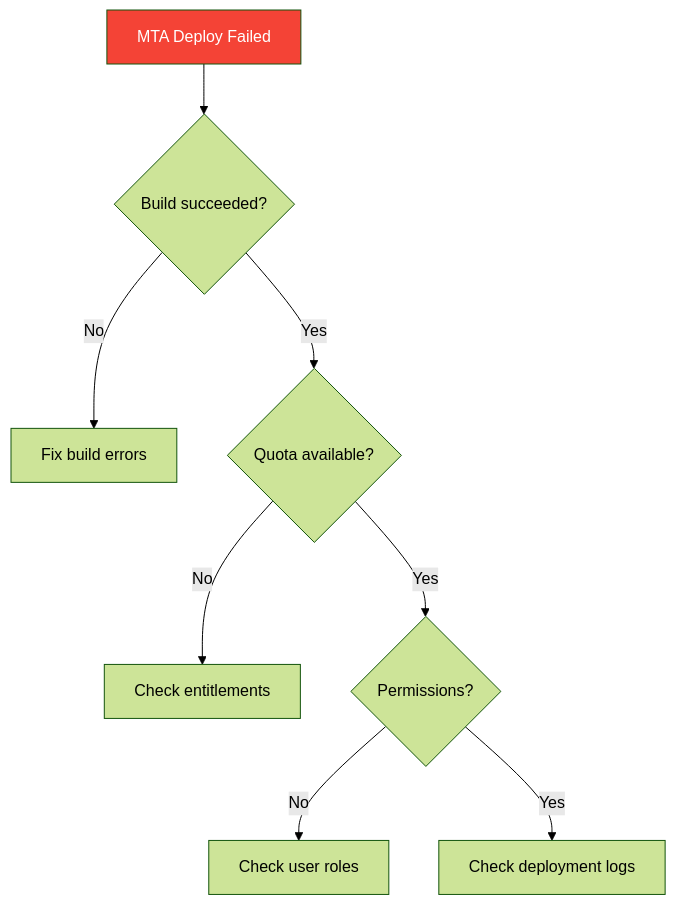
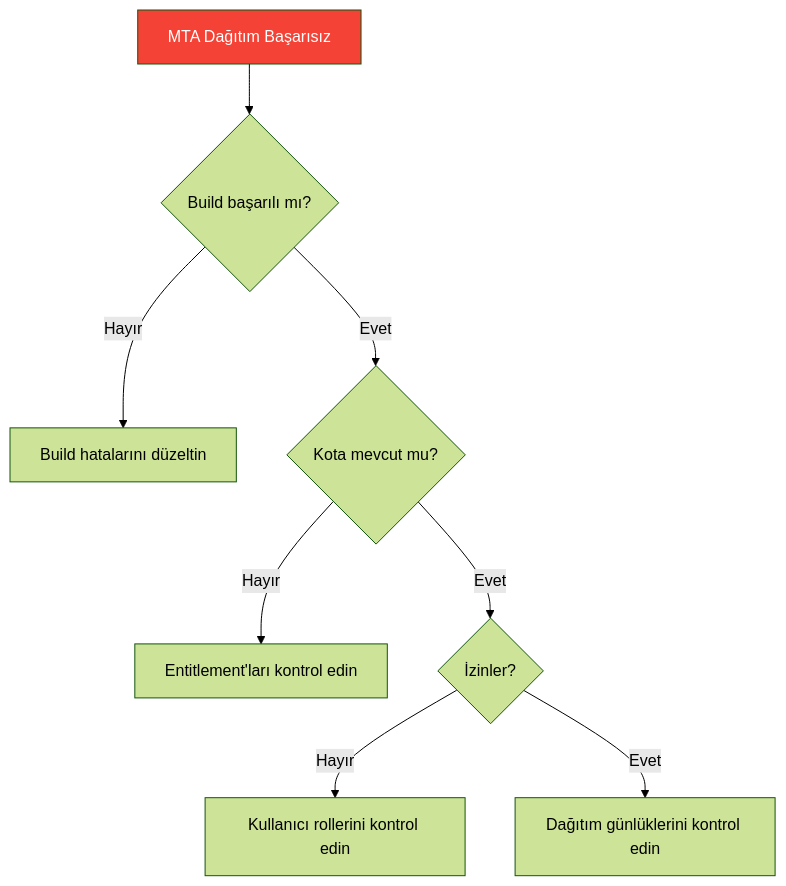
One commit to beyhanmeyrali/sap-all changed the ninth of 9 diagrams in Technical Tutorials/BTP/TR/chapters/appendix-d-troubleshooting.md. Above: the diagram before and after it, drawn with Mermaid (forest theme). The commit also changed other lines of this file and 11 other files, not shown here.

````diff
--- a/Technical Tutorials/BTP/TR/chapters/appendix-d-troubleshooting.md
+++ b/Technical Tutorials/BTP/TR/chapters/appendix-d-troubleshooting.md
@@ -383,12 +383,12 @@
 ```mermaid
 flowchart TD
-    PROB[MTA Deploy Failed] --> C1{Build succeeded?}
-    C1 --> |"No"| F1[Fix build errors]
-    C1 --> |"Yes"| C2{Quota available?}
-    C2 --> |"No"| F2[Check entitlements]
-    C2 --> |"Yes"| C3{Permissions?}
-    C3 --> |"No"| F3[Check user roles]
-    C3 --> |"Yes"| F4[Check deployment logs]
+    PROB[MTA Dağıtım Başarısız] --> C1{Build başarılı mı?}
+    C1 --> |"Hayır"| F1[Build hatalarını düzeltin]
+    C1 --> |"Evet"| C2{Kota mevcut mu?}
+    C2 --> |"Hayır"| F2[Entitlement'ları kontrol edin]
+    C2 --> |"Evet"| C3{İzinler?}
+    C3 --> |"Hayır"| F3[Kullanıcı rollerini kontrol edin]
+    C3 --> |"Evet"| F4[Dağıtım günlüklerini kontrol edin]
 
     style PROB fill:#f44336,color:white
 ```
````
